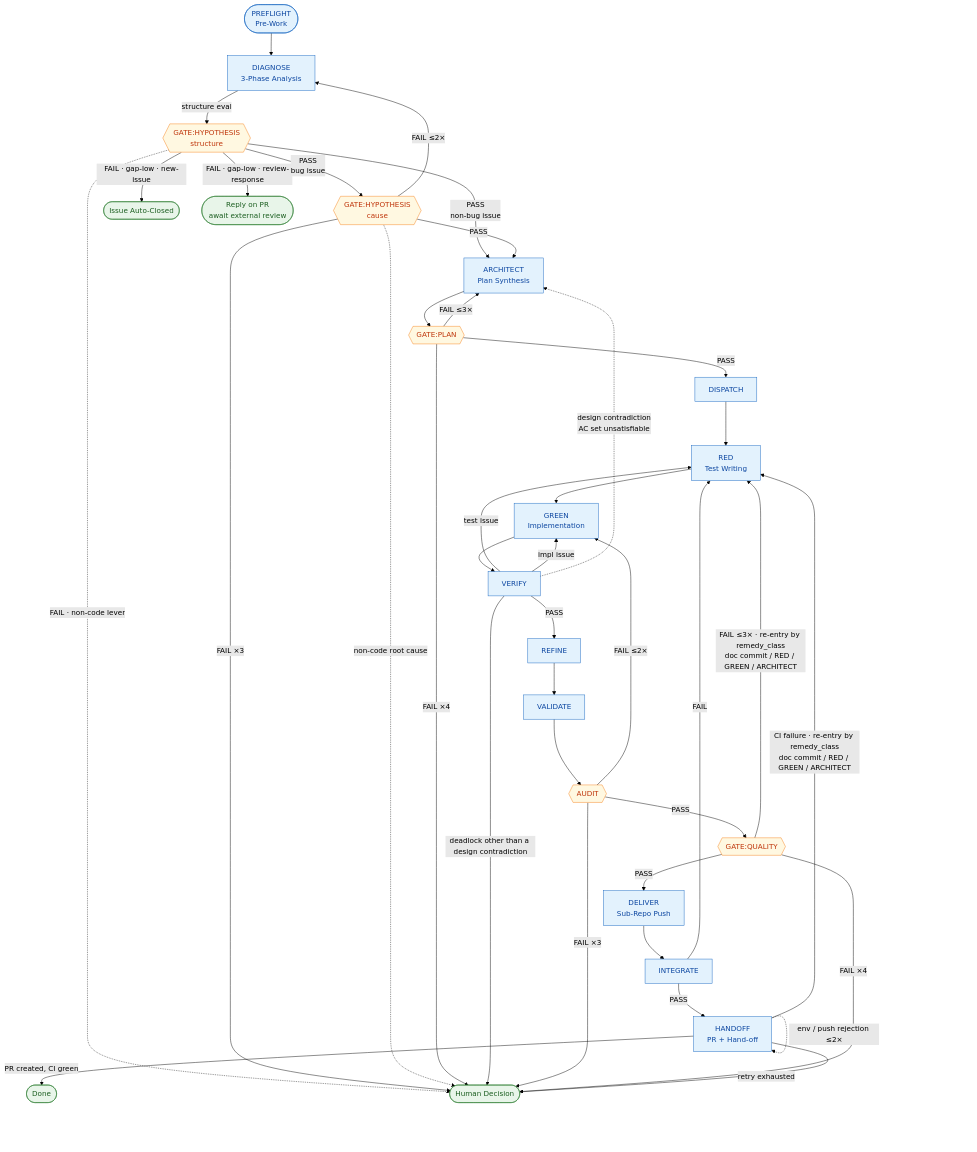
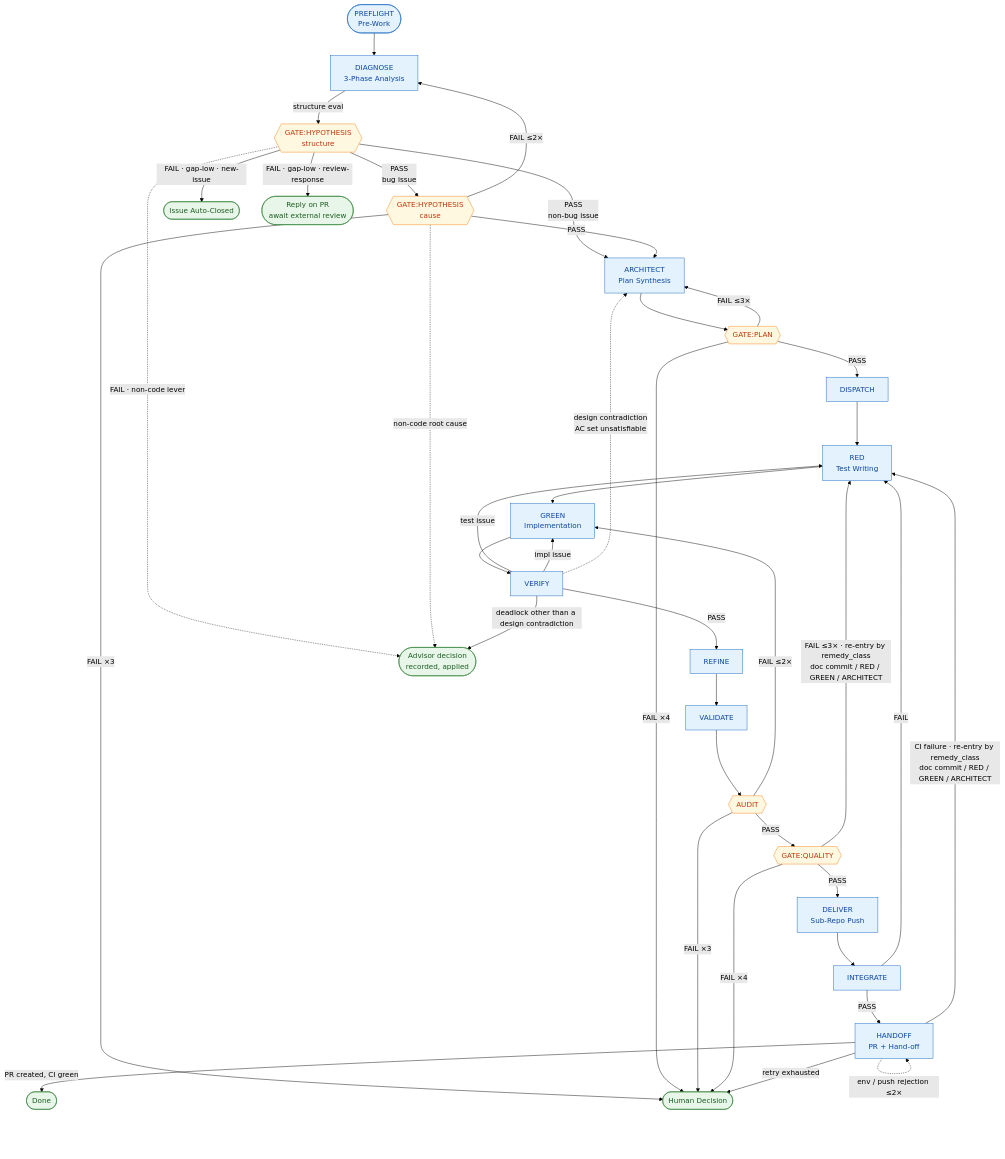
Before and after one commit to Munsik-Park/autoflow: the diagram in docs/autoflow-guide.md, drawn with Mermaid (forest theme). The commit also changed other lines of this file and 39 other files, not shown here.

````diff
--- a/docs/autoflow-guide.md
+++ b/docs/autoflow-guide.md
@@ -55,67 +55,68 @@
 ```mermaid
 flowchart TD
     PRE([PREFLIGHT<br/>Pre-Work]):::phase
     DIA[DIAGNOSE<br/>3-Phase Analysis]:::phase
     HYPS{{GATE:HYPOTHESIS<br/>structure}}:::gate
     HYPC{{GATE:HYPOTHESIS<br/>cause}}:::gate
     ARC[ARCHITECT<br/>Plan Synthesis]:::phase
     PLAN{{GATE:PLAN}}:::gate
     DIS[DISPATCH]:::phase
     RED[RED<br/>Test Writing]:::phase
     GREEN[GREEN<br/>Implementation]:::phase
     VER[VERIFY]:::phase
     REF[REFINE]:::phase
     VAL[VALIDATE]:::phase
     AUD{{AUDIT}}:::gate
     QUAL{{GATE:QUALITY}}:::gate
     DEL[DELIVER<br/>Sub-Repo Push]:::phase
     INT[INTEGRATE]:::phase
     HAND[HANDOFF<br/>PR + Hand-off]:::phase
     CLOSE([Issue Auto-Closed]):::terminal
     REVW([Reply on PR<br/>await external review]):::terminal
     DONE([Done]):::terminal
     HUMAN([Human Decision]):::terminal
+    ADV([Advisor decision<br/>recorded, applied]):::terminal
 
     PRE --> DIA
     DIA -->|structure eval| HYPS
     HYPS -->|FAIL · gap-low · new-issue| CLOSE
     HYPS -->|FAIL · gap-low · review-response| REVW
-    HYPS -.->|FAIL · non-code lever| HUMAN
+    HYPS -.->|FAIL · non-code lever| ADV
     HYPS -->|PASS<br/>non-bug issue| ARC
     HYPS -->|PASS<br/>bug issue| HYPC
     HYPC -->|PASS| ARC
     HYPC -->|FAIL ≤2×| DIA
     HYPC -->|FAIL ×3| HUMAN
-    HYPC -.->|non-code root cause| HUMAN
+    HYPC -.->|non-code root cause| ADV
     ARC --> PLAN
     PLAN -->|PASS| DIS
     PLAN -->|FAIL ≤3×| ARC
     PLAN -->|FAIL ×4| HUMAN
     DIS --> RED
     RED --> GREEN
     GREEN --> VER
     VER -->|test issue| RED
     VER -->|impl issue| GREEN
-    VER -->|deadlock other than a design contradiction| HUMAN
+    VER -->|deadlock other than a design contradiction| ADV
     VER -.->|design contradiction<br/>AC set unsatisfiable| ARC
     VER -->|PASS| REF
     REF --> VAL
     VAL --> AUD
     AUD -->|FAIL ≤2×| GREEN
     AUD -->|FAIL ×3| HUMAN
     AUD -->|PASS| QUAL
     QUAL -->|PASS| DEL
     QUAL -->|FAIL ≤3× · re-entry by remedy_class<br/>doc commit / RED / GREEN / ARCHITECT| RED
     QUAL -->|FAIL ×4| HUMAN
     DEL --> INT
     INT -->|FAIL| RED
     INT -->|PASS| HAND
     HAND -.->|env / push rejection ≤2×| HAND
     HAND -->|CI failure · re-entry by remedy_class<br/>doc commit / RED / GREEN / ARCHITECT| RED
     HAND -->|retry exhausted| HUMAN
     HAND -->|PR created, CI green| DONE
 
     classDef phase fill:#e3f2fd,stroke:#1565c0,color:#0d47a1
     classDef gate fill:#fff8e1,stroke:#f57f17,color:#bf360c
     classDef terminal fill:#e8f5e9,stroke:#2e7d32,color:#1b5e20
 ```
````
